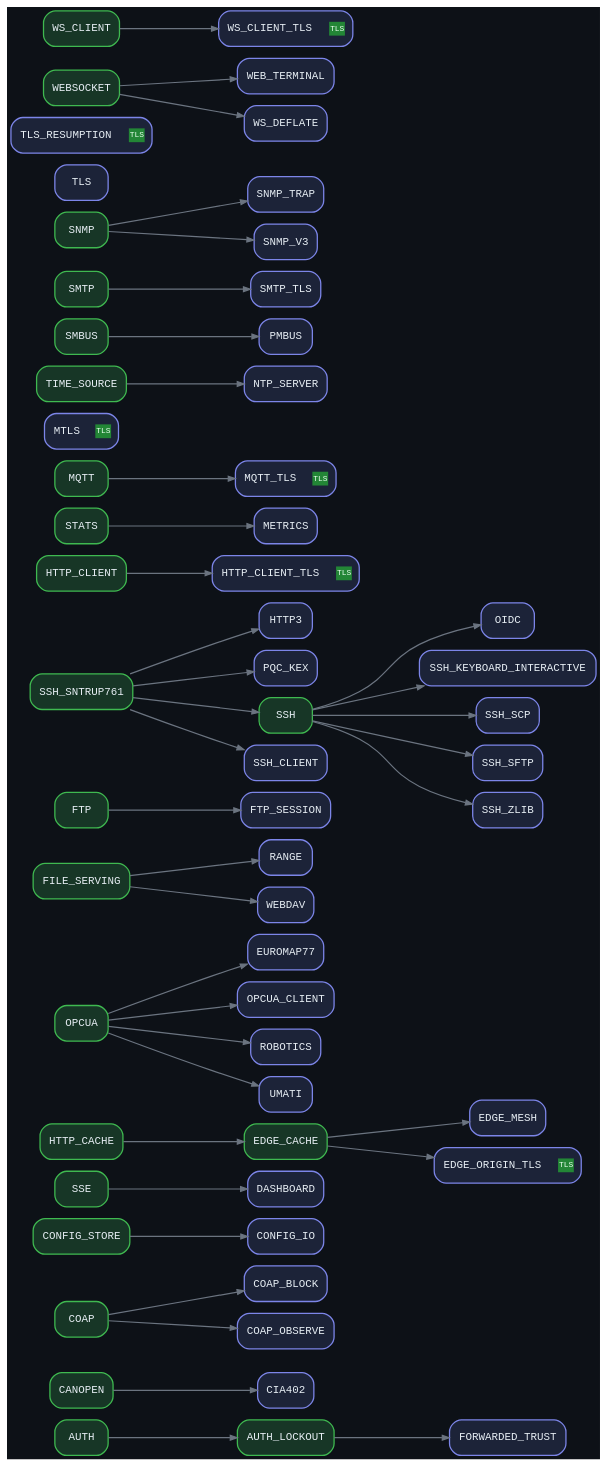
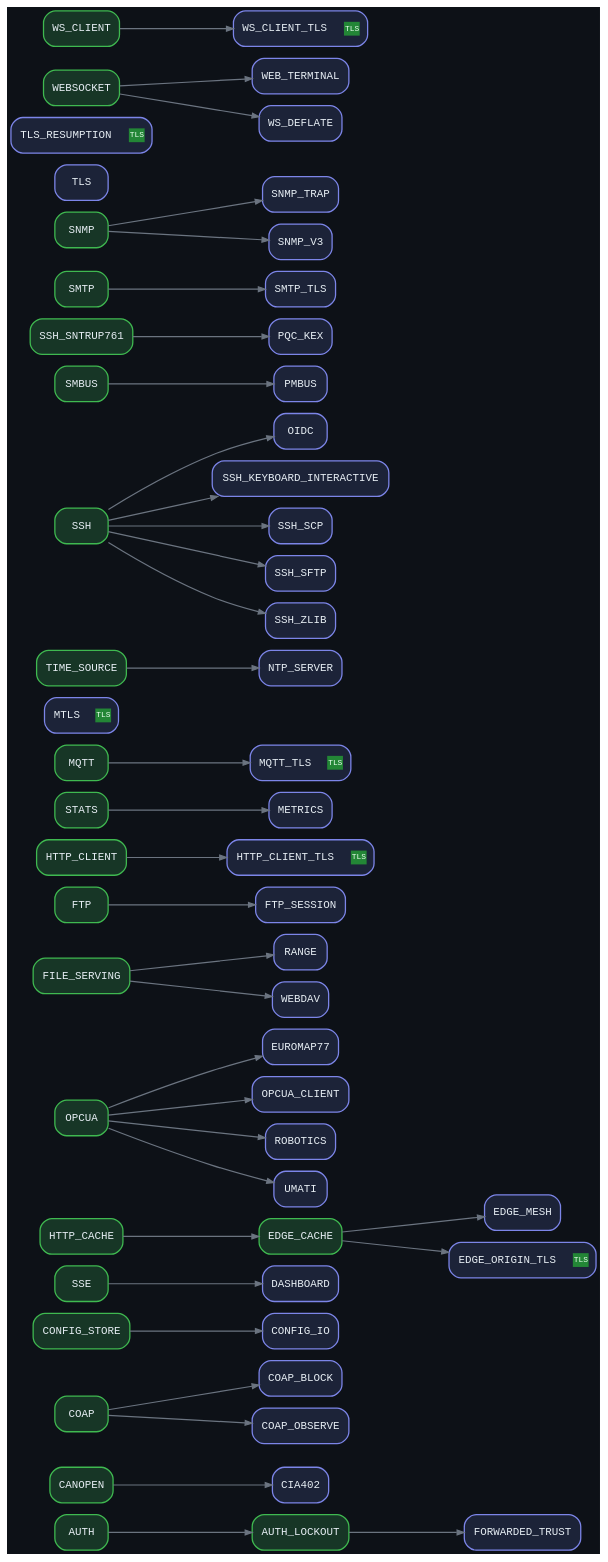
One commit to dstroy0/ProtoCore changed the diagram in docs/diagrams/flag_deps.dot. Above: the diagram before and after it, drawn with Graphviz. The commit also changed 11 other files, not shown here.

```diff
--- a/docs/diagrams/flag_deps.dot
+++ b/docs/diagrams/flag_deps.dot
@@ -24,7 +24,6 @@
   FORWARDED_TRUST [label="FORWARDED_TRUST", fillcolor="#1c2338", color="#7c85e8", URL="https://github.com/dstroy0/ProtoCore/blob/main/docs/FEATURES.md#forwarded-trust", target="_blank", tooltip="PROTOCORE_ENABLE_FORWARDED_TRUST - needs AUTH_LOCKOUT"];
   FTP [label="FTP", fillcolor="#173626", color="#3fb950", URL="https://github.com/dstroy0/ProtoCore/blob/main/docs/FEATURES.md#ftp", target="_blank", tooltip="PROTOCORE_ENABLE_FTP - enables 1"];
   FTP_SESSION [label="FTP_SESSION", fillcolor="#1c2338", color="#7c85e8", URL="https://github.com/dstroy0/ProtoCore/blob/main/docs/FEATURES.md#ftp-session", target="_blank", tooltip="PROTOCORE_ENABLE_FTP_SESSION - needs FTP"];
-  HTTP3 [label="HTTP3", fillcolor="#1c2338", color="#7c85e8", URL="https://github.com/dstroy0/ProtoCore/blob/main/docs/FEATURES.md#http3", target="_blank", tooltip="PROTOCORE_ENABLE_HTTP3 - needs SSH_SNTRUP761"];
   HTTP_CACHE [label="HTTP_CACHE", fillcolor="#173626", color="#3fb950", URL="https://github.com/dstroy0/ProtoCore/blob/main/docs/FEATURES.md#http-cache", target="_blank", tooltip="PROTOCORE_ENABLE_HTTP_CACHE - enables 1"];
   HTTP_CLIENT [label="HTTP_CLIENT", fillcolor="#173626", color="#3fb950", URL="https://github.com/dstroy0/ProtoCore/blob/main/docs/FEATURES.md#http-client", target="_blank", tooltip="PROTOCORE_ENABLE_HTTP_CLIENT - enables 1"];
   HTTP_CLIENT_TLS [label=<<TABLE BORDER="0" CELLBORDER="0" CELLSPACING="0" CELLPADDING="1"><TR><TD><FONT COLOR="#e6edf3">HTTP_CLIENT_TLS  </FONT></TD><TD BGCOLOR="#238636"><FONT COLOR="#eaffef" POINT-SIZE="8.5">TLS</FONT></TD></TR></TABLE>>, fillcolor="#1c2338", color="#7c85e8", URL="https://github.com/dstroy0/ProtoCore/blob/main/docs/FEATURES.md#http-client-tls", target="_blank", tooltip="PROTOCORE_ENABLE_HTTP_CLIENT_TLS - needs HTTP_CLIENT"];
@@ -47,12 +46,11 @@
   SNMP_TRAP [label="SNMP_TRAP", fillcolor="#1c2338", color="#7c85e8", URL="https://github.com/dstroy0/ProtoCore/blob/main/docs/FEATURES.md#snmp-trap", target="_blank", tooltip="PROTOCORE_ENABLE_SNMP_TRAP - needs SNMP"];
   SNMP_V3 [label="SNMP_V3", fillcolor="#1c2338", color="#7c85e8", URL="https://github.com/dstroy0/ProtoCore/blob/main/docs/FEATURES.md#snmp-v3", target="_blank", tooltip="PROTOCORE_ENABLE_SNMP_V3 - needs SNMP"];
   SSE [label="SSE", fillcolor="#173626", color="#3fb950", URL="https://github.com/dstroy0/ProtoCore/blob/main/docs/FEATURES.md#sse", target="_blank", tooltip="PROTOCORE_ENABLE_SSE - enables 1"];
-  SSH [label="SSH", fillcolor="#173626", color="#3fb950", URL="https://github.com/dstroy0/ProtoCore/blob/main/docs/FEATURES.md#ssh", target="_blank", tooltip="PROTOCORE_ENABLE_SSH - needs SSH_SNTRUP761 - enables 5"];
-  SSH_CLIENT [label="SSH_CLIENT", fillcolor="#1c2338", color="#7c85e8", URL="https://github.com/dstroy0/ProtoCore/blob/main/docs/FEATURES.md#ssh-client", target="_blank", tooltip="PROTOCORE_ENABLE_SSH_CLIENT - needs SSH_SNTRUP761"];
+  SSH [label="SSH", fillcolor="#173626", color="#3fb950", URL="https://github.com/dstroy0/ProtoCore/blob/main/docs/FEATURES.md#ssh", target="_blank", tooltip="PROTOCORE_ENABLE_SSH - enables 5"];
   SSH_KEYBOARD_INTERACTIVE [label="SSH_KEYBOARD_INTERACTIVE", fillcolor="#1c2338", color="#7c85e8", URL="https://github.com/dstroy0/ProtoCore/blob/main/docs/FEATURES.md#ssh-keyboard-interactive", target="_blank", tooltip="PROTOCORE_ENABLE_SSH_KEYBOARD_INTERACTIVE - needs SSH"];
   SSH_SCP [label="SSH_SCP", fillcolor="#1c2338", color="#7c85e8", URL="https://github.com/dstroy0/ProtoCore/blob/main/docs/FEATURES.md#ssh-scp", target="_blank", tooltip="PROTOCORE_ENABLE_SSH_SCP - needs SSH"];
   SSH_SFTP [label="SSH_SFTP", fillcolor="#1c2338", color="#7c85e8", URL="https://github.com/dstroy0/ProtoCore/blob/main/docs/FEATURES.md#ssh-sftp", target="_blank", tooltip="PROTOCORE_ENABLE_SSH_SFTP - needs SSH"];
-  SSH_SNTRUP761 [label="SSH_SNTRUP761", fillcolor="#173626", color="#3fb950", URL="https://github.com/dstroy0/ProtoCore/blob/main/docs/FEATURES.md#ssh-sntrup761", target="_blank", tooltip="PROTOCORE_ENABLE_SSH_SNTRUP761 - enables 4"];
+  SSH_SNTRUP761 [label="SSH_SNTRUP761", fillcolor="#173626", color="#3fb950", URL="https://github.com/dstroy0/ProtoCore/blob/main/docs/FEATURES.md#ssh-sntrup761", target="_blank", tooltip="PROTOCORE_ENABLE_SSH_SNTRUP761 - enables 1"];
   SSH_ZLIB [label="SSH_ZLIB", fillcolor="#1c2338", color="#7c85e8", URL="https://github.com/dstroy0/ProtoCore/blob/main/docs/FEATURES.md#ssh-zlib", target="_blank", tooltip="PROTOCORE_ENABLE_SSH_ZLIB - needs SSH"];
   STATS [label="STATS", fillcolor="#173626", color="#3fb950", URL="https://github.com/dstroy0/ProtoCore/blob/main/docs/FEATURES.md#stats", target="_blank", tooltip="PROTOCORE_ENABLE_STATS - enables 1"];
   TIME_SOURCE [label="TIME_SOURCE", fillcolor="#173626", color="#3fb950", URL="https://github.com/dstroy0/ProtoCore/blob/main/docs/FEATURES.md#time-source", target="_blank", tooltip="PROTOCORE_ENABLE_TIME_SOURCE - enables 1"];
@@ -94,10 +92,7 @@
   SSH -> SSH_SCP;
   SSH -> SSH_SFTP;
   SSH -> SSH_ZLIB;
-  SSH_SNTRUP761 -> HTTP3;
   SSH_SNTRUP761 -> PQC_KEX;
-  SSH_SNTRUP761 -> SSH;
-  SSH_SNTRUP761 -> SSH_CLIENT;
   STATS -> METRICS;
   TIME_SOURCE -> NTP_SERVER;
   WEBSOCKET -> WEB_TERMINAL;
```
